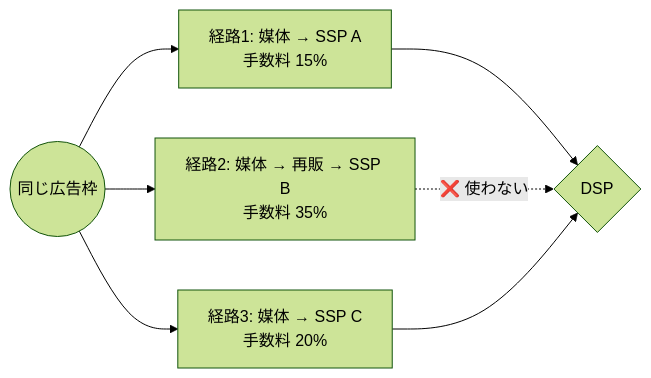
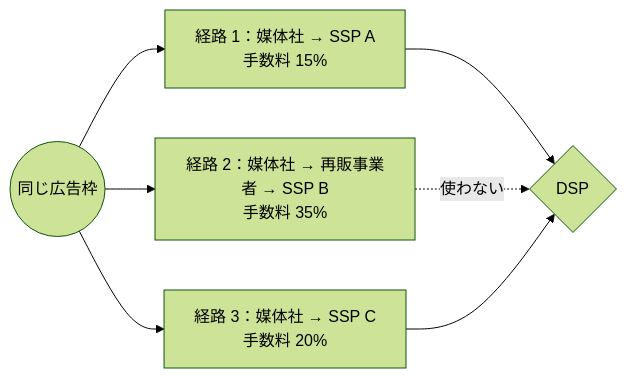
One commit to yasut0ra/rtb-study changed the second of 2 diagrams in docs/08-quality-fraud.md. Above: the diagram before and after it, drawn with Mermaid (forest theme). The commit also changed other lines of this file and 36 other files, not shown here.

````diff
--- a/docs/08-quality-fraud.md
+++ b/docs/08-quality-fraud.md
@@ -91,9 +76,9 @@
 ```mermaid
 flowchart LR
-    IMP(("同じ広告枠")) --> P1["経路1: 媒体 → SSP A<br/>手数料 15%"]
-    IMP --> P2["経路2: 媒体 → 再販 → SSP B<br/>手数料 35%"]
-    IMP --> P3["経路3: 媒体 → SSP C<br/>手数料 20%"]
+    IMP(("同じ広告枠")) --> P1["経路 1：媒体社 → SSP A<br/>手数料 15%"]
+    IMP --> P2["経路 2：媒体社 → 再販事業者 → SSP B<br/>手数料 35%"]
+    IMP --> P3["経路 3：媒体社 → SSP C<br/>手数料 20%"]
     P1 --> D{"DSP"}
-    P2 -. "❌ 使わない" .-> D
+    P2 -. "使わない" .-> D
     P3 --> D
 ```
````
